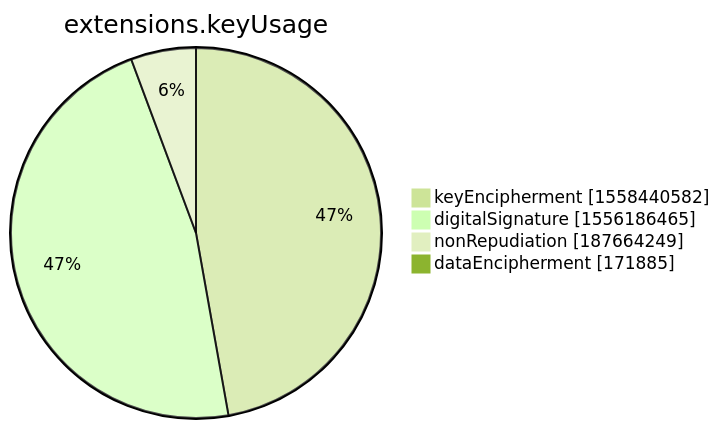
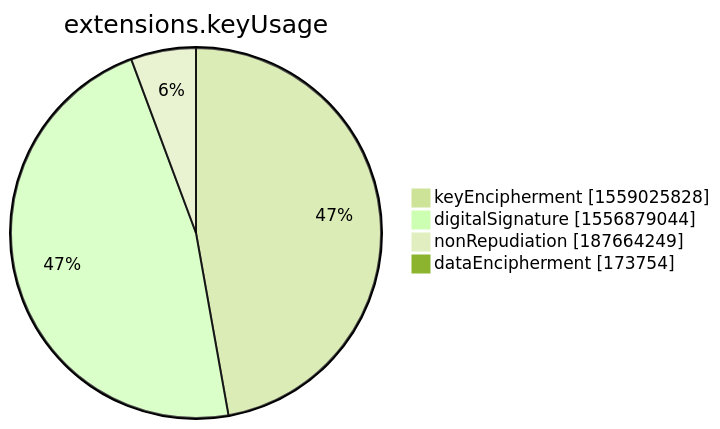
One commit to christiankrug/ctmonitor_visualization changed the seventh of 15 diagrams in xenon2022/README.md. Above: the diagram before and after it, drawn with Mermaid (forest theme). The commit also changed other lines of this file, not shown here.

````diff
--- a/xenon2022/README.md
+++ b/xenon2022/README.md
@@ -2852,8 +2852,8 @@
 ```mermaid
 pie showData
 title extensions.keyUsage
-"keyEncipherment" :1558440582
-"digitalSignature" :1556186465
+"keyEncipherment" :1559025828
+"digitalSignature" :1556879044
 "nonRepudiation" :187664249
-"dataEncipherment" :171885
+"dataEncipherment" :173754
 ```
````
